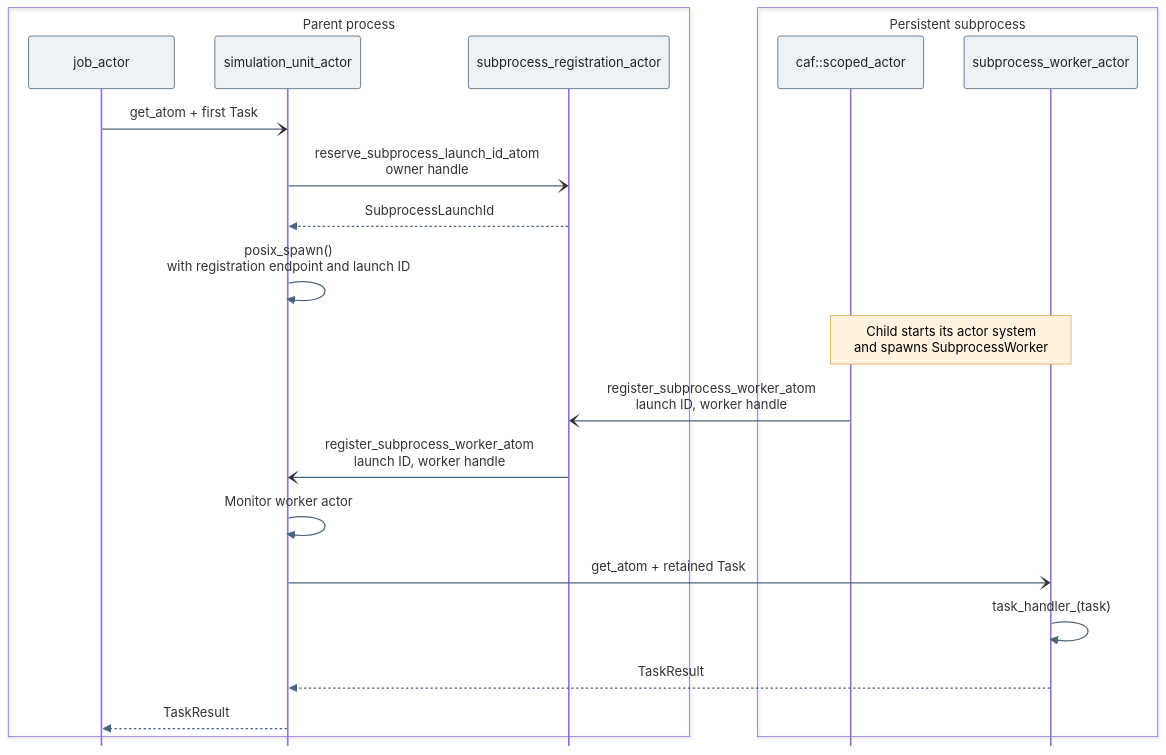
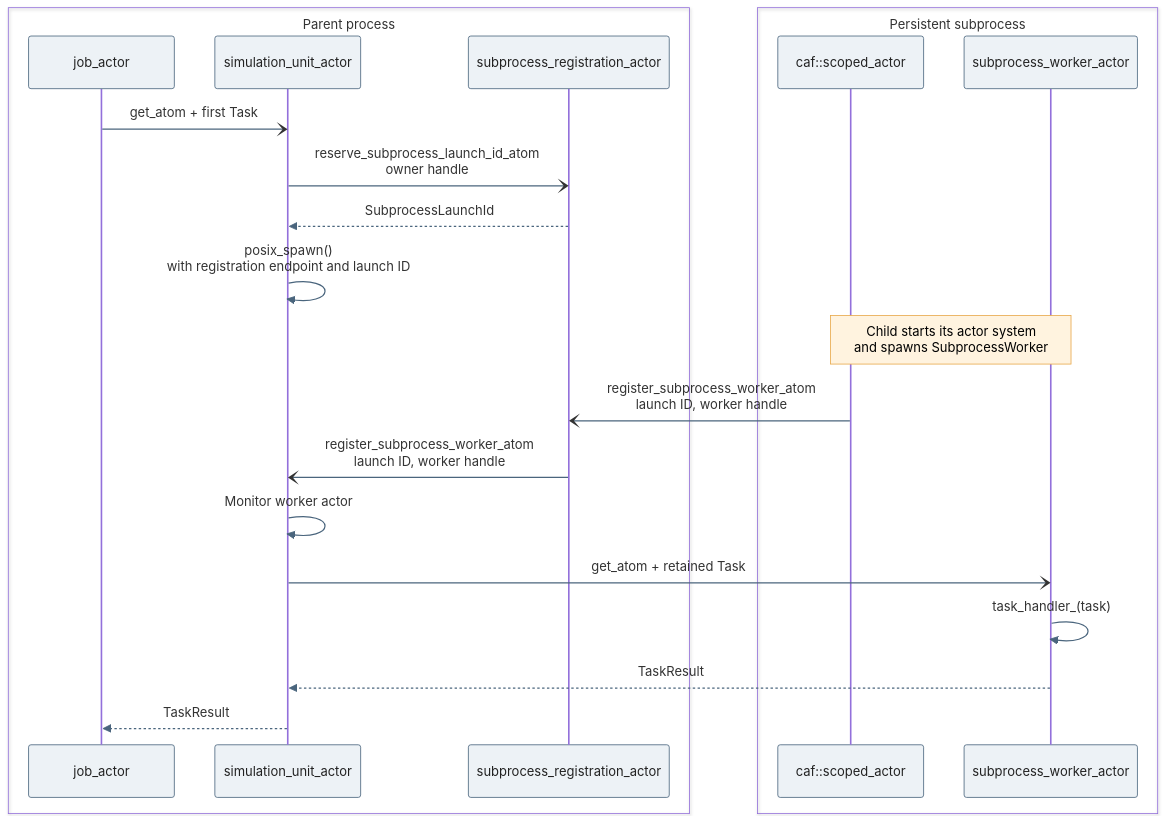
Before and after one commit to uofs-simlab/miaow-framework: the diagram in docs/diagrams/subprocess_registration.mmd, drawn with Mermaid. The commit also changed 4 other files, not shown here.

Commit message:
update architecture diagrams

```diff
--- a/docs/diagrams/subprocess_registration.mmd
+++ b/docs/diagrams/subprocess_registration.mmd
@@ -1,44 +1,44 @@
 ---
 config:
   sequence:
     useMaxWidth: true
-    mirrorActors: false
+    mirrorActors: true
     width: 180
     actorMargin: 50
     diagramMarginX: 50
     diagramMarginY: 12
     messageMargin: 18
     actorFontSize: 14
     messageFontSize: 14
     noteFontSize: 14
   themeVariables:
     actorBkg: "#edf2f6"
     actorBorder: "#4a657d"
     actorTextColor: "#222222"
     signalColor: "#4a657d"
     noteBkgColor: "#fff3df"
     noteBorderColor: "#e8a84b"
 ---
 sequenceDiagram
     box transparent Parent process
         participant J as job_actor
         participant U as simulation_unit_actor
         participant Reg as subprocess_registration_actor
     end
     box transparent Persistent subprocess
         participant A as caf::scoped_actor
         participant W as subprocess_worker_actor
     end
 
     J-)U: get_atom + first Task
     U-)Reg: reserve_subprocess_launch_id_atom<br/>owner handle
     Reg-->>U: SubprocessLaunchId
     U->>U: posix_spawn()<br/>with registration endpoint and launch ID
     Note over A,W: Child starts its actor system<br/>and spawns SubprocessWorker
     A-)Reg: register_subprocess_worker_atom<br/>launch ID, worker handle
     Reg-)U: register_subprocess_worker_atom<br/>launch ID, worker handle
     U->>U: Monitor worker actor
     U-)W: get_atom + retained Task
     W->>W: task_handler_(task)
     W-->>U: TaskResult
     U-->>J: TaskResult
```
